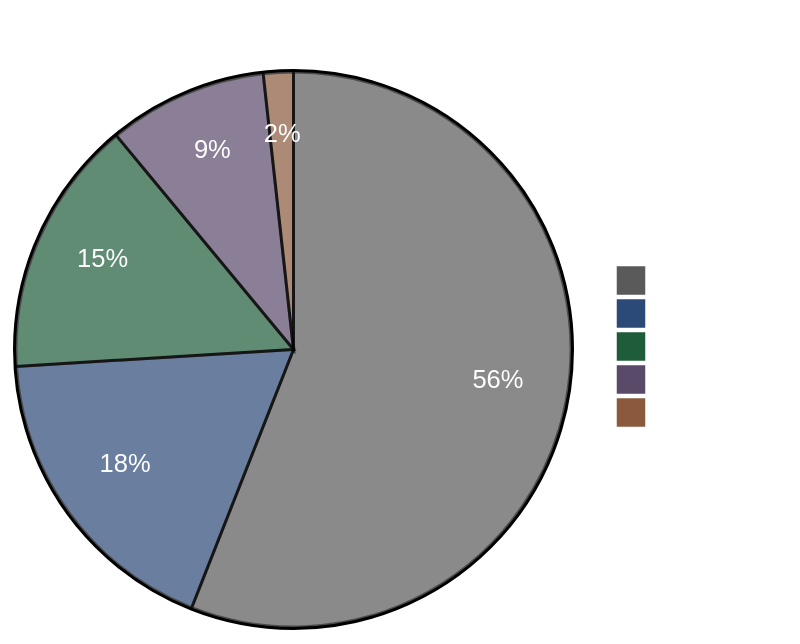
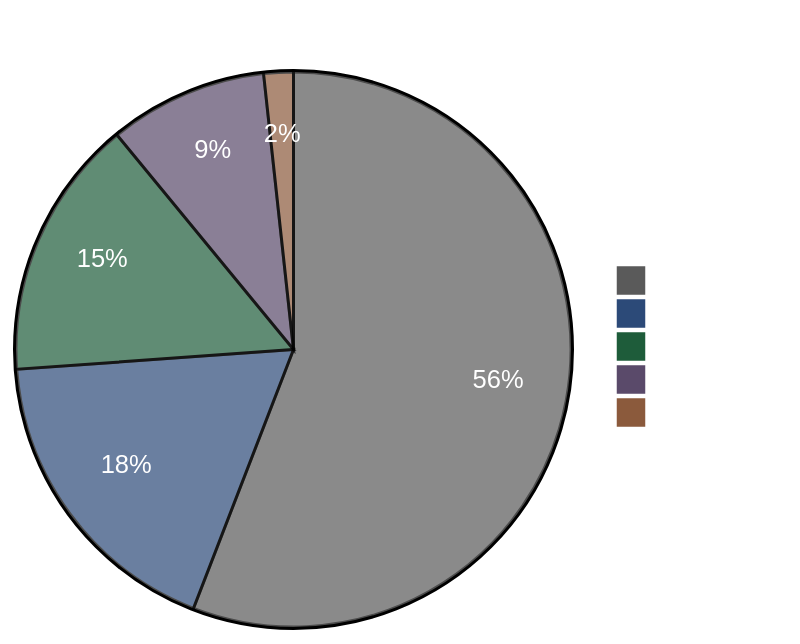
One commit to ccmeteorljh/reco-arxiv-daily changed the diagram in README.md. Above: the diagram before and after it, drawn with Mermaid. The commit also changed other lines of this file and 7 other files, not shown here.

````diff
--- a/README.md
+++ b/README.md
@@ -6,19 +6,19 @@
 ```mermaid
 %%{init: {'theme':'base', 'themeVariables': {
   'pie1':'#5a5a5a',
   'pie2':'#2c4a78',
   'pie3':'#1e5c3a',
   'pie4':'#5a4a6a',
   'pie5':'#8b5a3c',
   'pieTitleTextColor':'#ffffff',
   'pieSectionTextColor':'#ffffff',
   'pieLegendTextColor':'#ffffff'
 }}}%%
 pie showData
 title Paper Distribution by Tag
-  "Other" : 707
-  "LLM" : 228
-  "GR" : 189
-  "Seq" : 117
+  "Other" : 714
+  "LLM" : 230
+  "GR" : 194
+  "Seq" : 118
   "Scaling" : 22
 ```
````
